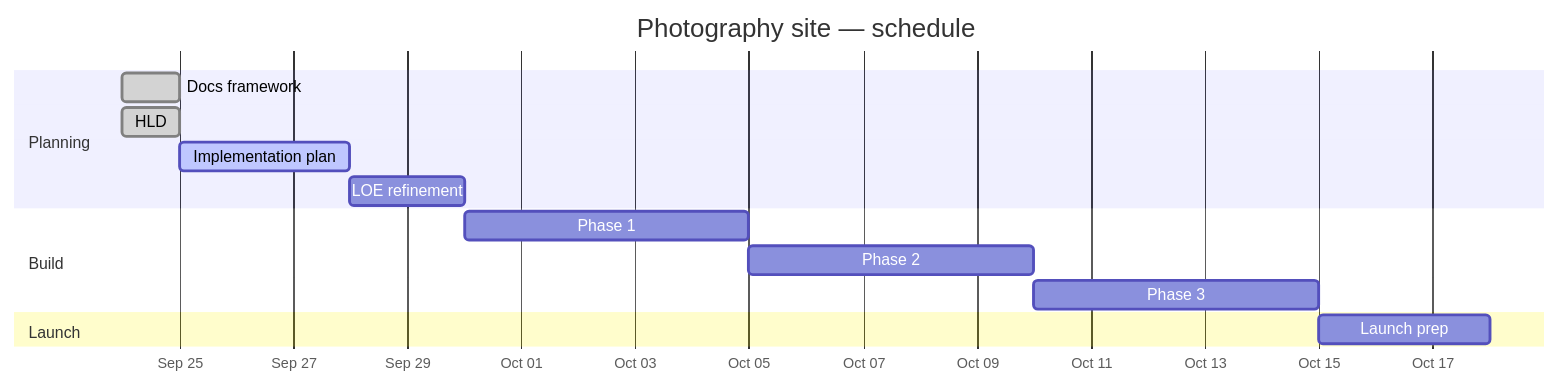
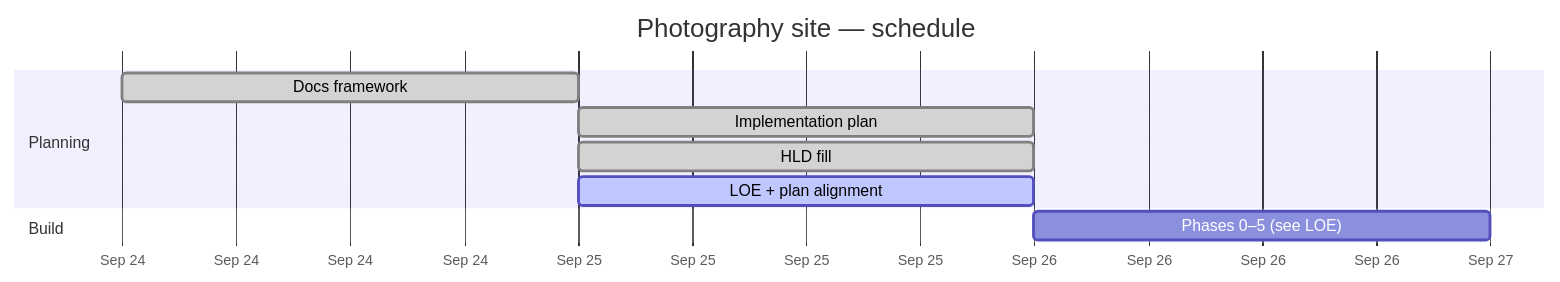
The diagram in docs/PROGRESS.md (cjlawson02/photography), drawn with Mermaid before and after one commit. The commit also changed other lines of this file and 2 other files, not shown here.

First line of the commit message:
Align LOE, Progress, and IMPLEMENTATION to filled HLD.

````diff
--- a/docs/PROGRESS.md
+++ b/docs/PROGRESS.md
@@ -18,20 +19,15 @@
 ```mermaid
 gantt
   title Photography site — schedule
   dateFormat YYYY-MM-DD
   axisFormat %b %d
 
   section Planning
-  Docs framework           :done,    docs, 2026-09-24, 1d
-  HLD                      :done,    hld,  2026-09-24, 1d
-  Implementation plan      :active,  impl, after hld, 3d
-  LOE refinement           :         loe,  after impl, 2d
+  Docs framework            :done,    docs, 2026-09-24, 1d
+  Implementation plan       :done,    impl, 2026-09-25, 1d
+  HLD fill                  :done,    hld,  2026-09-25, 1d
+  LOE + plan alignment      :active,  loe,  2026-09-25, 1d
 
   section Build
-  Phase 1                  :         p1, after loe, 5d
-  Phase 2                  :         p2, after p1, 5d
-  Phase 3                  :         p3, after p2, 5d
-
-  section Launch
-  Launch prep              :         launch, after p3, 3d
+  Phases 0–5 (see LOE)      :         build, after loe, 1d
 ```
````
